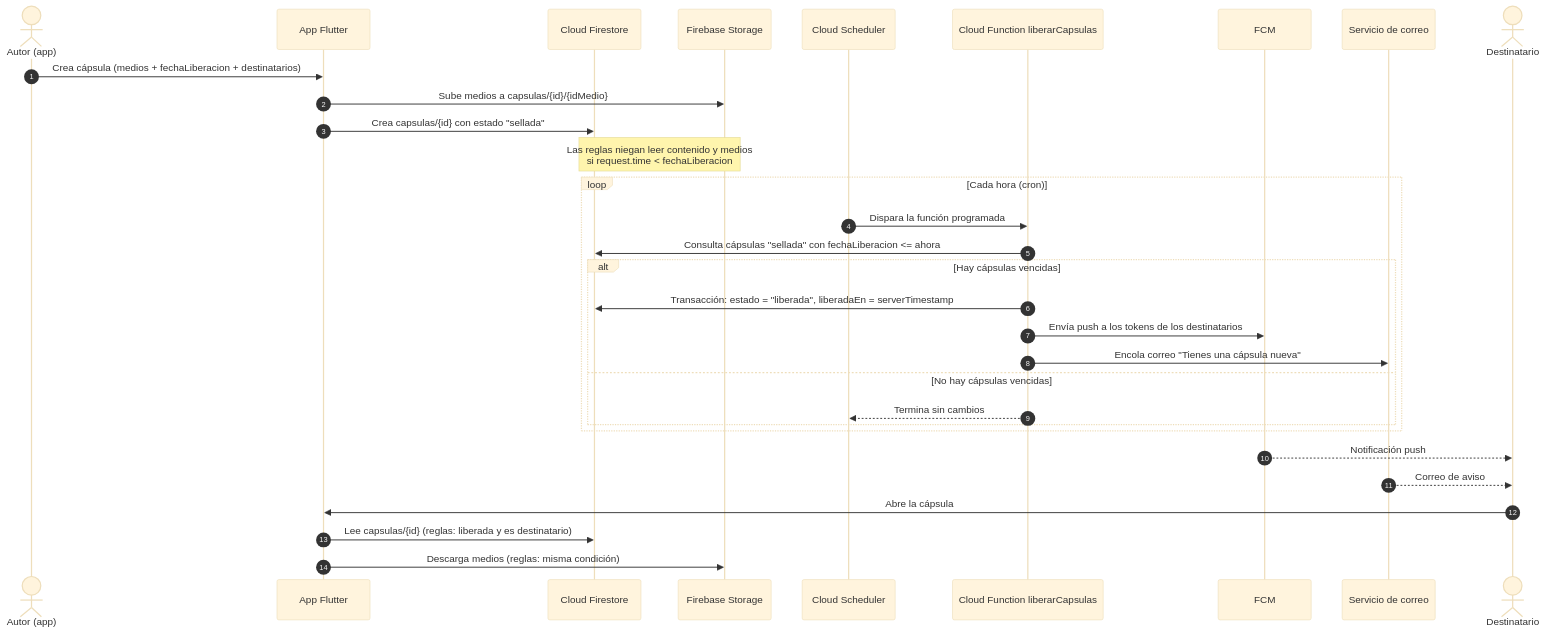
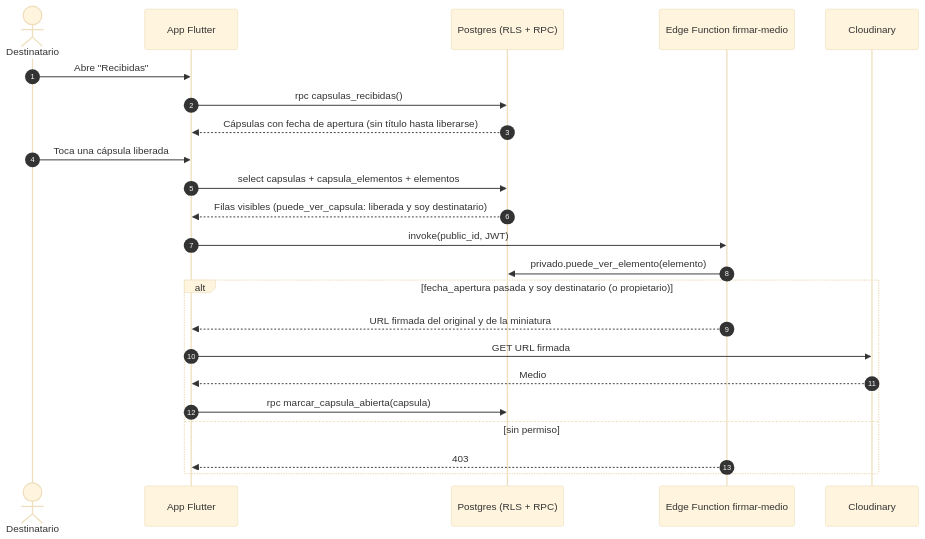
One commit to DeibyRamirez/Capsoul changed the third of 4 diagrams in docs/arquitectura.md. Above: the diagram before and after it, drawn with Mermaid (base theme). The commit also changed other lines of this file and 6 other files, not shown here.

First line of the commit message:
documentación(modelo): modelo ER y migraciones oficiales de Supabase

````diff
--- a/docs/arquitectura.md
+++ b/docs/arquitectura.md
@@ -67,36 +96,26 @@
 ```mermaid
 sequenceDiagram
     autonumber
-    actor Autor as Autor (app)
+    actor D as Destinatario
     participant App as App Flutter
-    participant FS as Cloud Firestore
-    participant ST as Firebase Storage
-    participant SCH as Cloud Scheduler
-    participant CF as Cloud Function liberarCapsulas
-    participant FCM as FCM
-    participant MAIL as Servicio de correo
-    actor Dest as Destinatario
+    participant PG as Postgres (RLS + RPC)
+    participant EF as Edge Function firmar-medio
+    participant CDN as Cloudinary
 
-    Autor->>App: Crea cápsula (medios + fechaLiberacion + destinatarios)
-    App->>ST: Sube medios a capsulas/{id}/{idMedio}
-    App->>FS: Crea capsulas/{id} con estado "sellada"
-    Note over FS,ST: Las reglas niegan leer contenido y medios<br/>si request.time < fechaLiberacion
-
-    loop Cada hora (cron)
-        SCH->>CF: Dispara la función programada
-        CF->>FS: Consulta cápsulas "sellada" con fechaLiberacion <= ahora
-        alt Hay cápsulas vencidas
-            CF->>FS: Transacción: estado = "liberada", liberadaEn = serverTimestamp
-            CF->>FCM: Envía push a los tokens de los destinatarios
-            CF->>MAIL: Encola correo "Tienes una cápsula nueva"
-        else No hay cápsulas vencidas
-            CF-->>SCH: Termina sin cambios
-        end
+    D->>App: Abre "Recibidas"
+    App->>PG: rpc capsulas_recibidas()
+    PG-->>App: Cápsulas con fecha de apertura (sin título hasta liberarse)
+    D->>App: Toca una cápsula liberada
+    App->>PG: select capsulas + capsula_elementos + elementos
+    PG-->>App: Filas visibles (puede_ver_capsula: liberada y soy destinatario)
+    App->>EF: invoke(public_id, JWT)
+    EF->>PG: privado.puede_ver_elemento(elemento)
+    alt fecha_apertura pasada y soy destinatario (o propietario)
+        EF-->>App: URL firmada del original y de la miniatura
+        App->>CDN: GET URL firmada
+        CDN-->>App: Medio
+        App->>PG: rpc marcar_capsula_abierta(capsula)
+    else sin permiso
+        EF-->>App: 403
     end
-
-    FCM-->>Dest: Notificación push
-    MAIL-->>Dest: Correo de aviso
-    Dest->>App: Abre la cápsula
-    App->>FS: Lee capsulas/{id} (reglas: liberada y es destinatario)
-    App->>ST: Descarga medios (reglas: misma condición)
 ```
````
